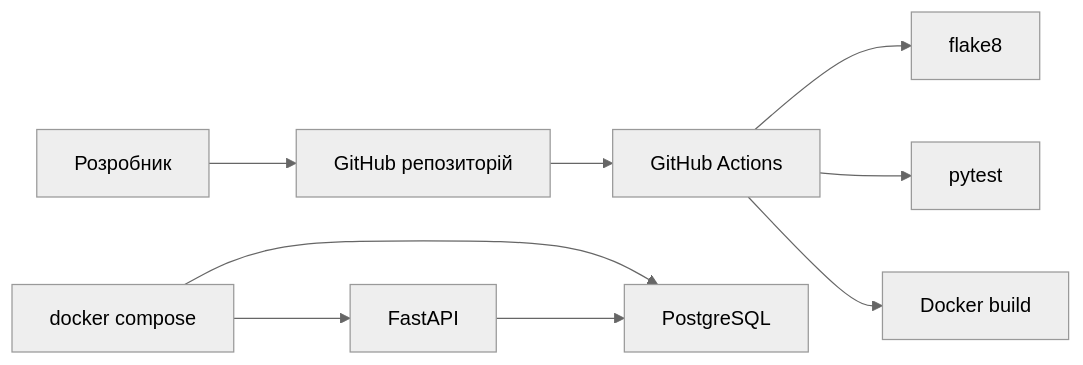
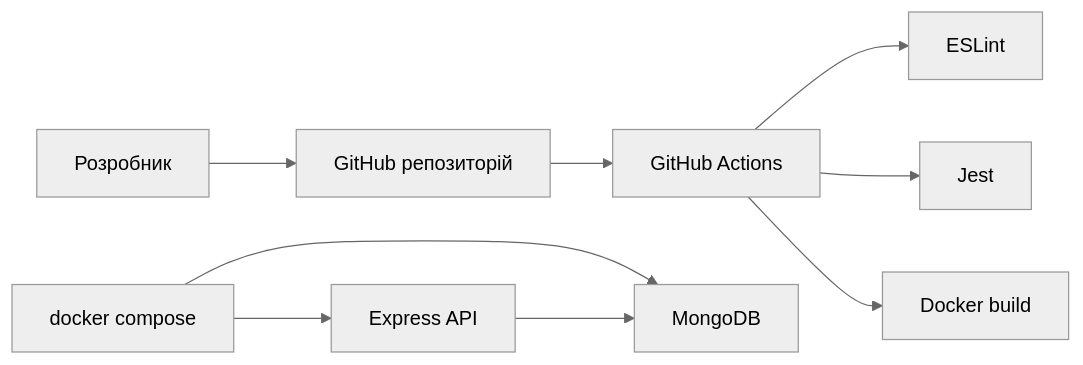
The diagram in REPORT.md (ValeraKozak/l6_ref), drawn with Mermaid (neutral theme) before and after one commit. The commit also changed other lines of this file and 13 other files, not shown here.

````diff
--- a/REPORT.md
+++ b/REPORT.md
@@ -27,11 +28,11 @@
 ```mermaid
 flowchart LR
     Dev[Розробник] --> Repo[GitHub репозиторій]
     Repo --> CI[GitHub Actions]
-    CI --> Lint[flake8]
-    CI --> Tests[pytest]
+    CI --> Lint[ESLint]
+    CI --> Tests[Jest]
     CI --> Build[Docker build]
-    Compose[docker compose] --> App[FastAPI]
-    Compose --> Db[PostgreSQL]
+    Compose[docker compose] --> App[Express API]
+    Compose --> Db[MongoDB]
     App --> Db
 ```
````
